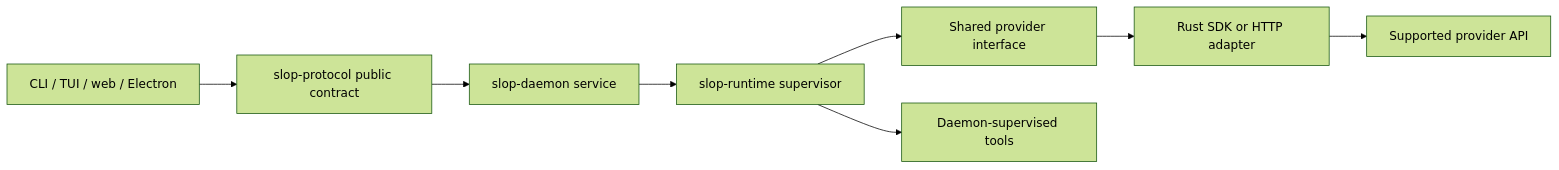
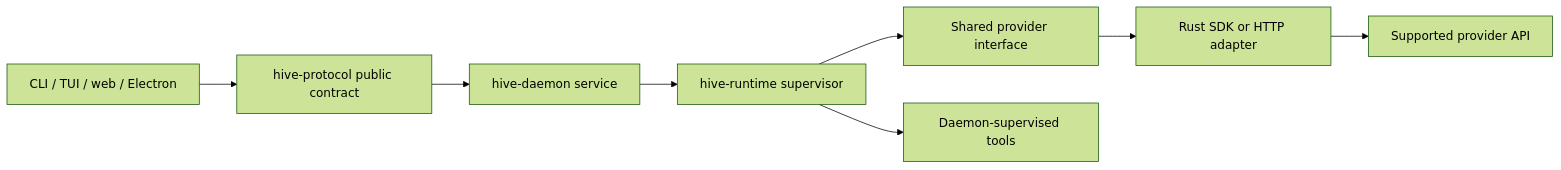
The diagram in docs/provider-interface.md (Araozu/slopconductor), drawn with Mermaid (forest theme) before and after one commit. The commit also changed other lines of this file and 419 other files, not shown here.

Commit message:
Rename Rust crates and CLI to Hive

````diff
--- a/docs/provider-interface.md
+++ b/docs/provider-interface.md
@@ -140,10 +140,10 @@
 ```mermaid
 flowchart LR
-    Clients[CLI / TUI / web / Electron] --> Wire[slop-protocol public contract]
-    Wire --> Service[slop-daemon service]
-    Service --> Runtime[slop-runtime supervisor]
+    Clients[CLI / TUI / web / Electron] --> Wire[hive-protocol public contract]
+    Wire --> Service[hive-daemon service]
+    Service --> Runtime[hive-runtime supervisor]
     Runtime --> Adapter[Shared provider interface]
     Adapter --> Transport[Rust SDK or HTTP adapter]
     Transport --> API[Supported provider API]
     Runtime --> Tools[Daemon-supervised tools]
 ```
````
